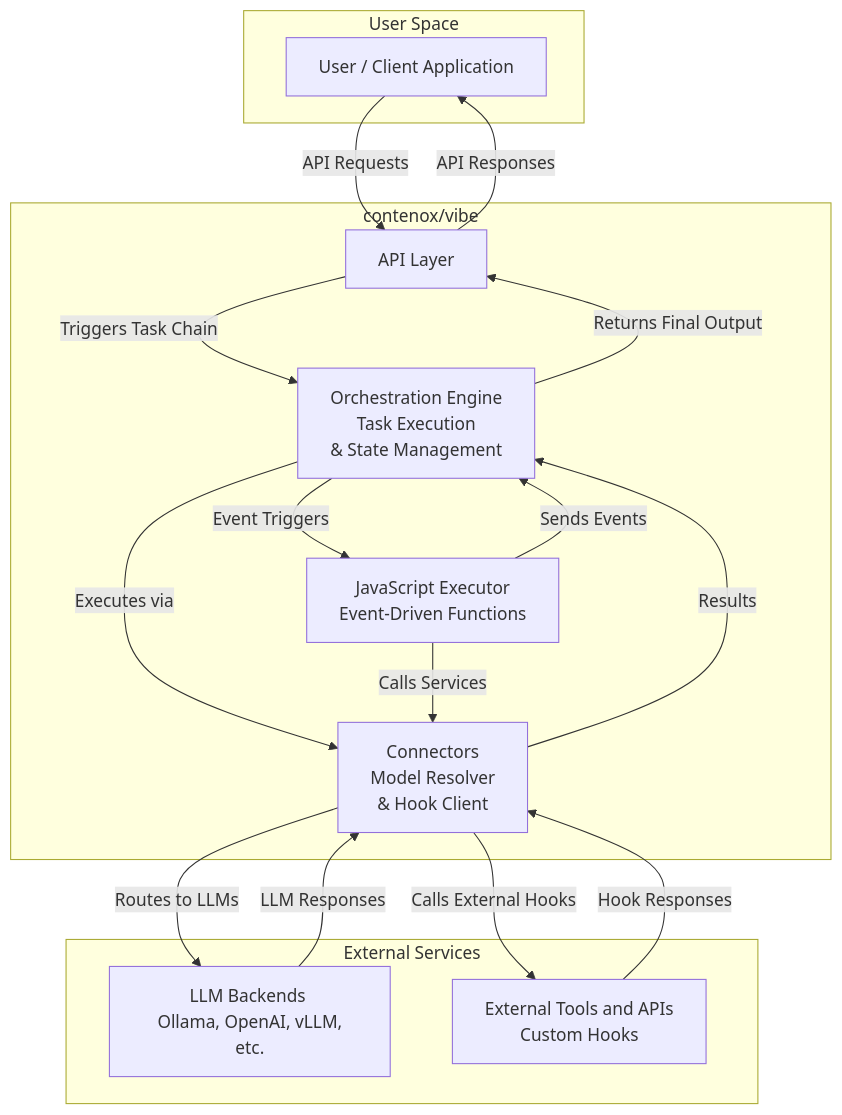
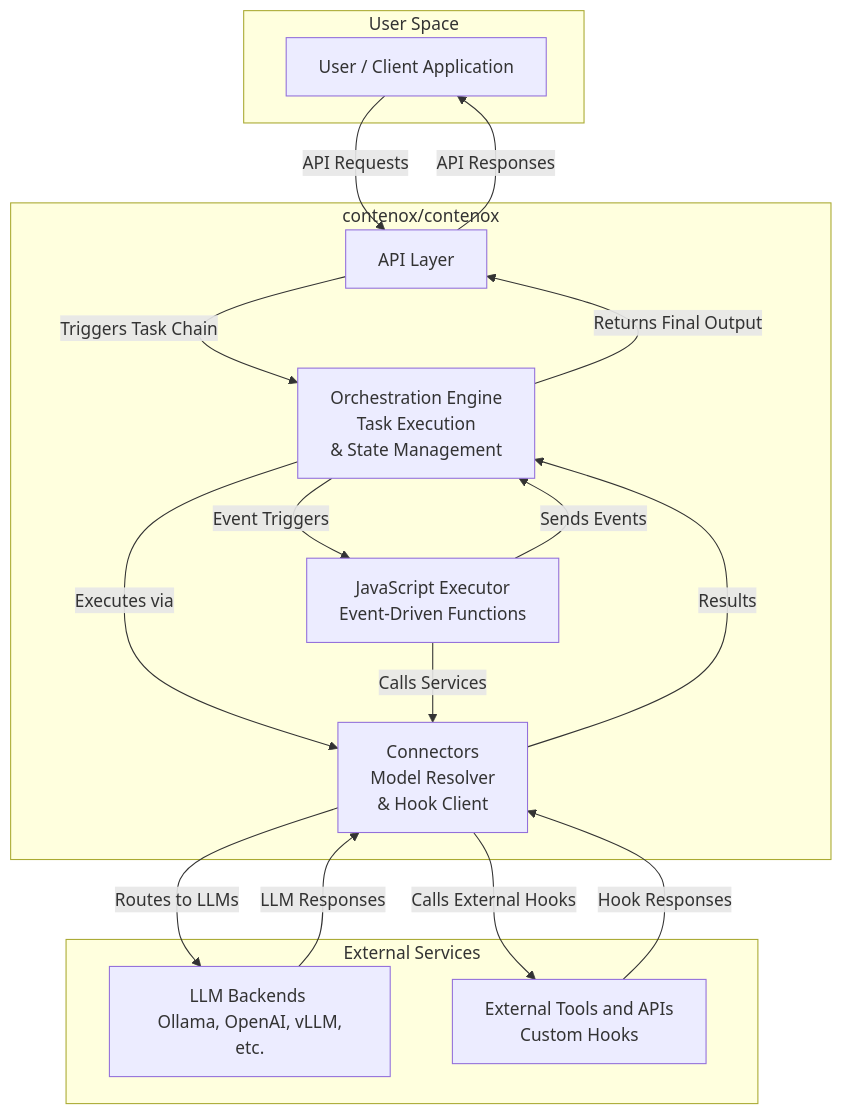
Before and after one commit to contenox/contenox: the second of 2 diagrams in docs/features.md, drawn with Mermaid. The commit also changed other lines of this file and 25 other files, not shown here.

First line of the commit message:
feat: chain overhaul, stdin piping, vibe→contenox doc cleanup

````diff
--- a/docs/features.md
+++ b/docs/features.md
@@ -80,36 +80,36 @@
 ```mermaid
 graph TD
     subgraph "User Space"
         U[User / Client Application]
     end
 
-    subgraph "contenox/vibe"
+    subgraph "contenox/contenox"
         API[API Layer]
         OE["Orchestration Engine <br/> Task Execution <br/> & State Management"]
         CONN["Connectors <br/> Model Resolver <br/> & Hook Client"]
         JS["JavaScript Executor <br/> Event-Driven Functions"]
     end
 
     subgraph "External Services"
         LLM[LLM Backends <br/> Ollama, OpenAI, vLLM, etc.]
         HOOK[External Tools and APIs <br/> Custom Hooks]
     end
 
     %% --- Data Flow ---
     U -- API Requests --> API
     API -- Triggers Task Chain --> OE
     OE -- Executes via --> CONN
     CONN -- Routes to LLMs --> LLM
     CONN -- Calls External Hooks --> HOOK
 
     LLM -- LLM Responses --> CONN
     HOOK -- Hook Responses --> CONN
     CONN -- Results --> OE
     OE -- Returns Final Output --> API
     API -- API Responses --> U
 
     %% JavaScript Execution Flow
     OE -- Event Triggers --> JS
     JS -- Sends Events --> OE
     JS -- Calls Services --> CONN
 ```
````
